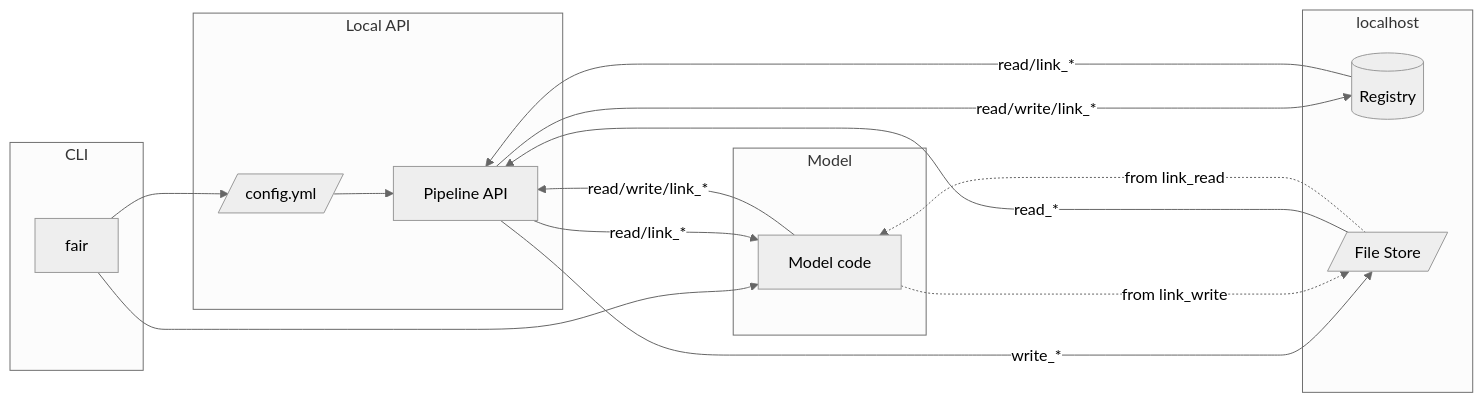
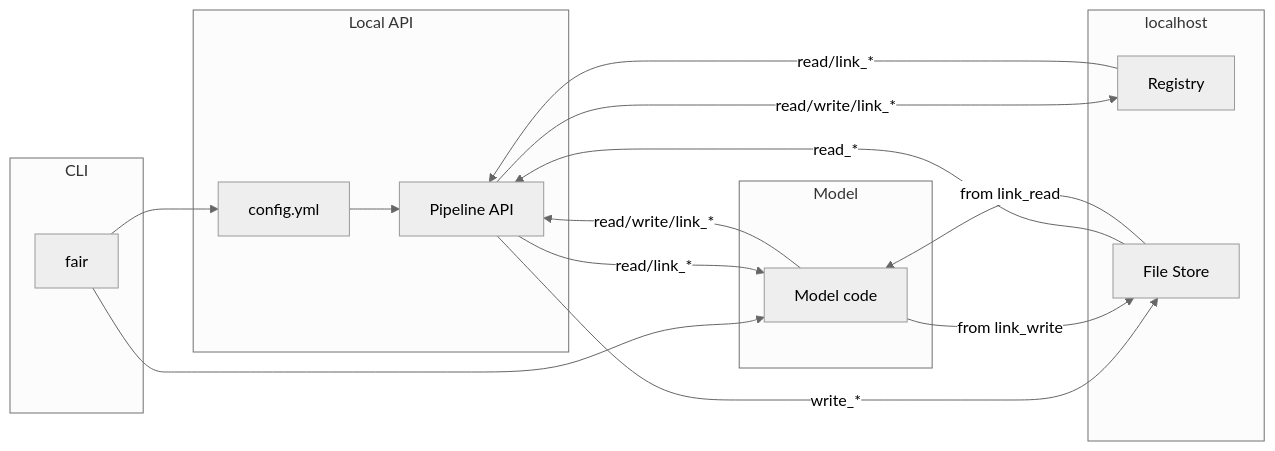
The first of 2 diagrams in content/_index.md (FAIRDataPipeline/hugo_source_files), drawn with Mermaid (neutral theme) before and after one commit.

Commit message:
Simplify mermaid

```diff
--- a/content/_index.md
+++ b/content/_index.md
@@ -23,35 +23,35 @@
 {{<mermaid align="left">}}
 graph LR;
     subgraph CLI
         fair
     end
     subgraph Local API
         API[Pipeline API]
-        CY[/config.yml/]
+        CY[config.yml]
     end
     subgraph localhost
-        LR[(Registry)]
-        FS[/File Store/]
+        LR[Registry]
+        FS[File Store]
     end
     subgraph Model
         MC[Model code]
     end
  
     fair --> CY
     CY --> API
 
     fair --> MC
 
     MC --> |read/write/link_*| API
     API --> |read/write/link_*| LR
 
     LR --> |read/link_*| API
     API --> |read/link_*| MC
-    
+
     API --> |write_*| FS
     FS  --> |read_*| API
 
-    MC -...-> |from link_write|FS
-    FS -...-> |from link_read|MC
+    MC --> |from link_write|FS
+    FS --> |from link_read|MC
 
 {{< /mermaid >}}
```
